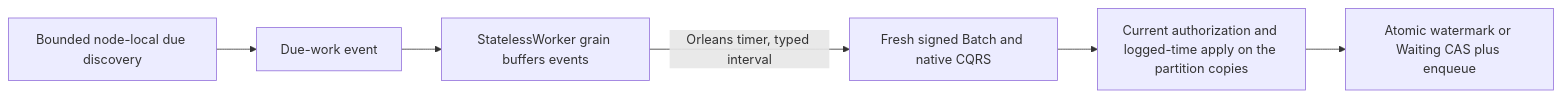
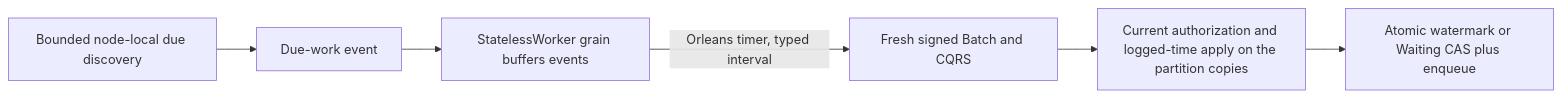
Before and after one commit to managedcode/KeyLoad: the diagram in docs/Features/Messaging/DueCoordination.md, drawn with Mermaid. The commit also changed other lines of this file and 9016 other files, not shown here.

````diff
--- a/docs/Features/Messaging/DueCoordination.md
+++ b/docs/Features/Messaging/DueCoordination.md
@@ -104,8 +104,8 @@
 ```mermaid
 flowchart LR
   Scan[Bounded node-local due discovery] --> Hint[Due-work event]
   Hint --> Worker[StatelessWorker grain buffers events]
-  Worker -->|Orleans timer, typed interval| Request[Fresh signed Batch and native CQRS]
+  Worker -->|Orleans timer, typed interval| Request[Fresh signed Batch and CQRS]
   Request --> Apply[Current authorization and logged-time apply on the partition copies]
   Apply --> Canonical[Atomic watermark or Waiting CAS plus enqueue]
 ```
````
